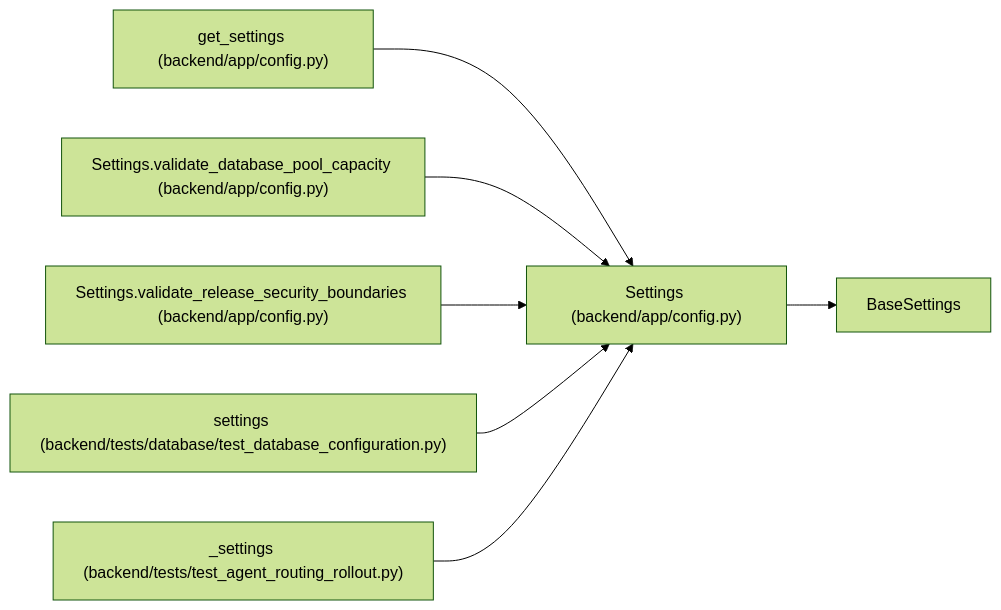
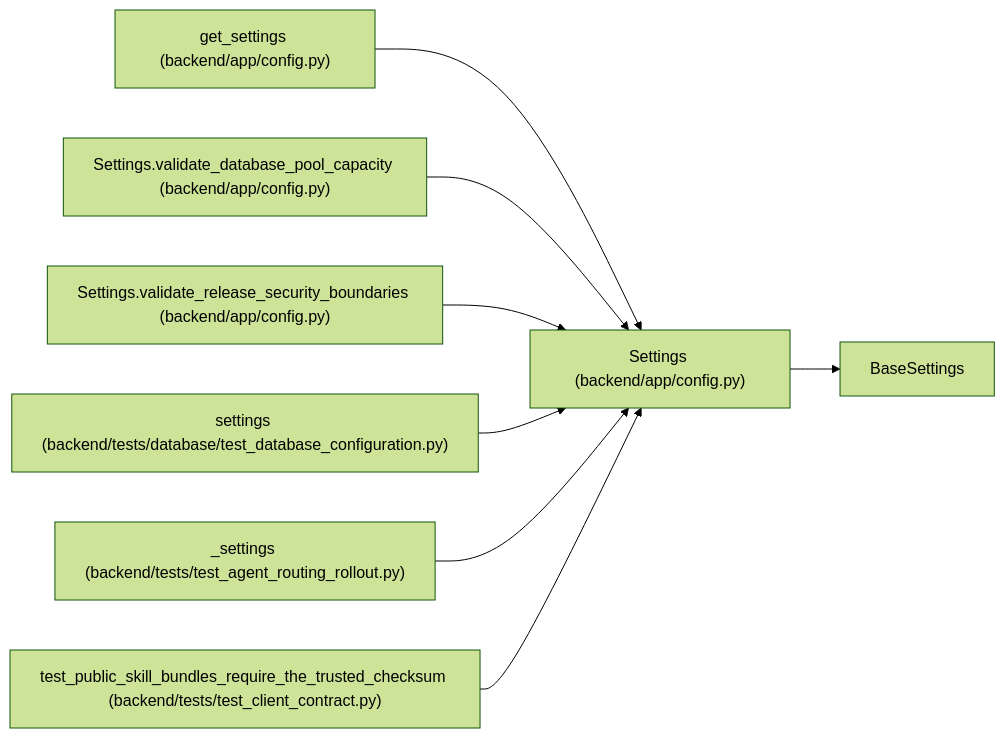
The diagram in docs/llm_wiki/entities/Settings.md (Denissvgn/WorkChord), drawn with Mermaid (forest theme) before and after one commit. The commit also changed other lines of this file and 958 other files, not shown here.

First line of the commit message:
docs(wiki): refresh identity and recovery architecture

````diff
--- a/docs/llm_wiki/entities/Settings.md
+++ b/docs/llm_wiki/entities/Settings.md
@@ -164,22 +174,25 @@
 ```mermaid
 flowchart LR
     n0["Settings (backend/app/config.py)"]
     n1["BaseSettings"]
     n2["get_settings (backend/app/config.py)"]
     n3["Settings.validate_database_pool_capacity (backend/app/config.py)"]
     n4["Settings.validate_release_security_boundaries (backend/app/config.py)"]
     n5["settings (backend/tests/database/test_database_configuration.py)"]
     n6["_settings (backend/tests/test_agent_routing_rollout.py)"]
+    n7["test_public_skill_bundles_require_the_trusted_checksum (backend/tests/test_client_contract.py)"]
     n0 --> n1
     n2 --> n0
     n3 --> n0
     n4 --> n0
     n5 --> n0
     n6 --> n0
+    n7 --> n0
     click n0 "../modules/config.md"
     click n2 "../modules/config.md"
     click n3 "../modules/config.md"
     click n4 "../modules/config.md"
     click n5 "../modules/test_database_configuration.md"
     click n6 "../modules/test_agent_routing_rollout.md"
+    click n7 "../modules/test_client_contract.md"
 ```
````
